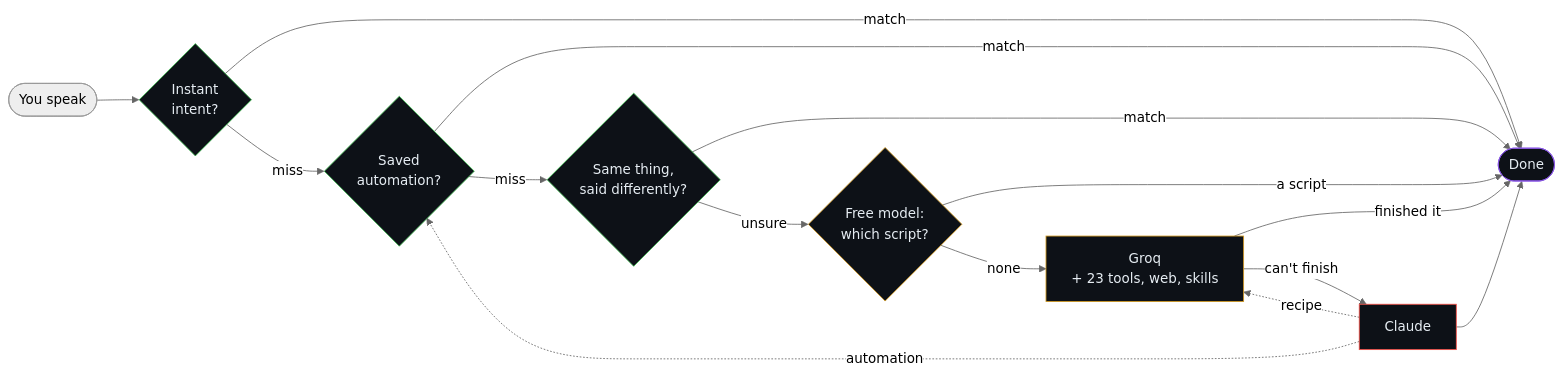
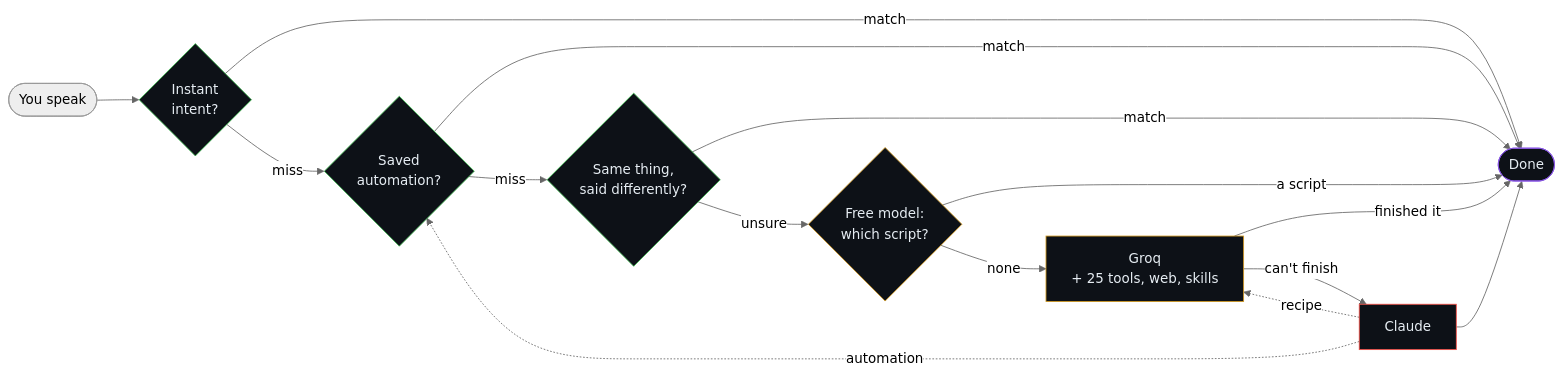
Before and after one commit to unexperiencedone/assistant-: the first of 6 diagrams in README.md, drawn with Mermaid (neutral theme). The commit also changed other lines of this file and 1 other file, not shown here.

````diff
--- a/README.md
+++ b/README.md
@@ -40,25 +40,25 @@
 ```mermaid
 flowchart LR
     A([You speak]) --> B{Instant<br/>intent?}
     B -->|match| Z([Done])
     B -->|miss| C{Saved<br/>automation?}
     C -->|match| Z
     C -->|miss| D{Same thing,<br/>said differently?}
     D -->|match| Z
     D -->|unsure| E{Free model:<br/>which script?}
     E -->|a script| Z
-    E -->|none| G[Groq<br/>+ 23 tools, web, skills]
+    E -->|none| G[Groq<br/>+ 25 tools, web, skills]
     G -->|finished it| Z
     G -->|"can't finish"| F[Claude]
     F --> Z
     F -.->|recipe| G
     F -.->|automation| C
 
     style B fill:#0d1117,stroke:#3fb950,color:#e6edf3
     style C fill:#0d1117,stroke:#3fb950,color:#e6edf3
     style D fill:#0d1117,stroke:#3fb950,color:#e6edf3
     style E fill:#0d1117,stroke:#d29922,color:#e6edf3
     style G fill:#0d1117,stroke:#d29922,color:#e6edf3
     style F fill:#0d1117,stroke:#f85149,color:#e6edf3
     style Z fill:#0d1117,stroke:#8957e5,color:#e6edf3
 ```
````
